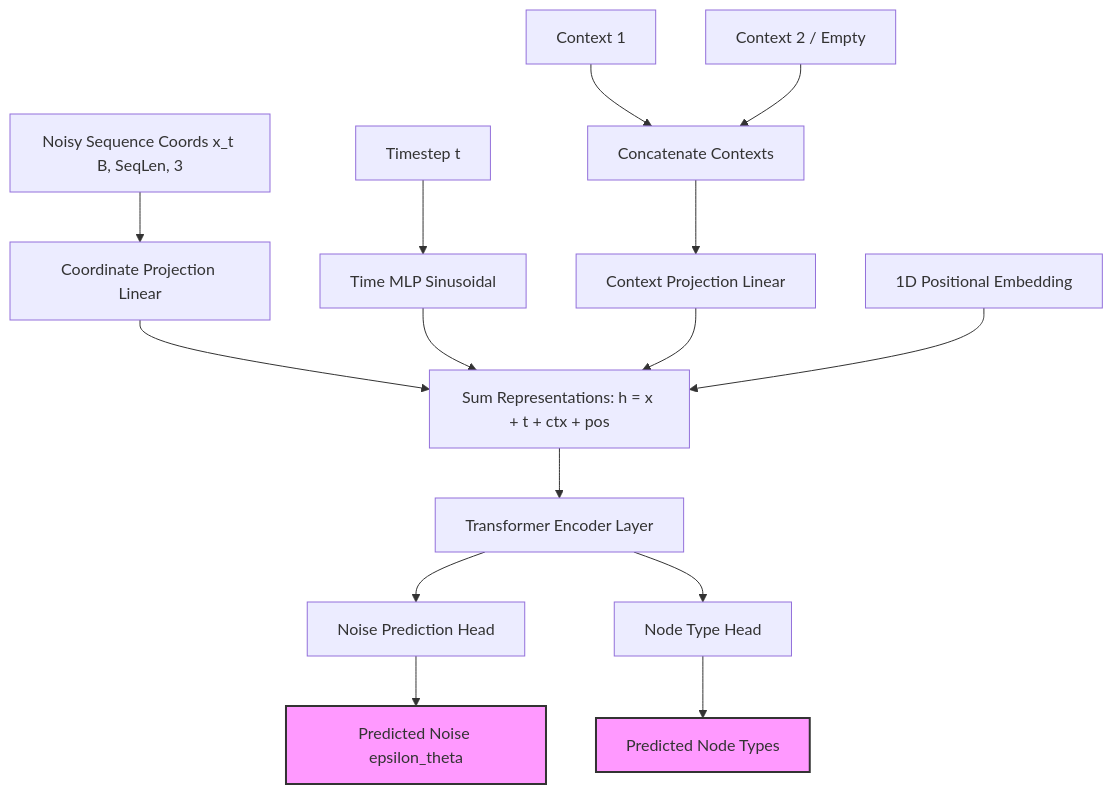
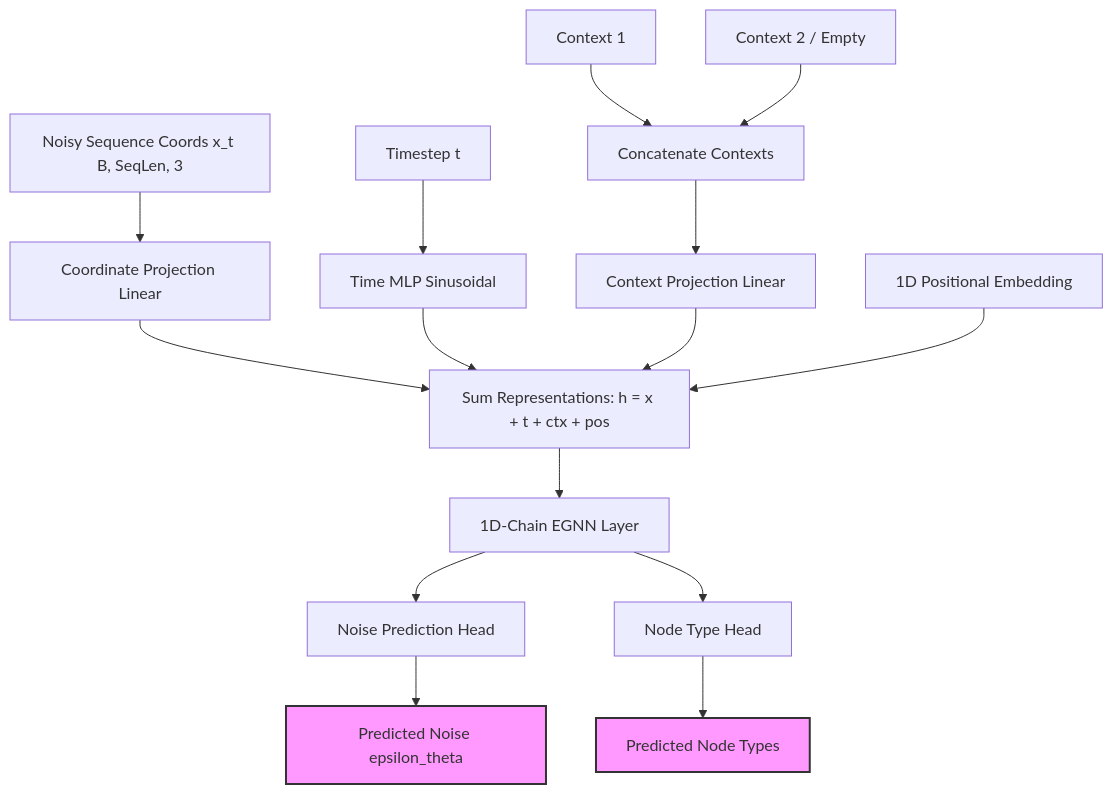
Before and after one commit to samik1986/NeuroDiffusion: the third of 5 diagrams in architecture.md, drawn with Mermaid. The commit also changed other lines of this file and 13 other files, not shown here.

````diff
--- a/architecture.md
+++ b/architecture.md
@@ -69,28 +81,28 @@
 ```mermaid
 graph TD
     %% Inputs
     NoisyCoords[Noisy Sequence Coords x_t B, SeqLen, 3] --> CoordProj[Coordinate Projection Linear]
     T[Timestep t] --> TimeMLP[Time MLP Sinusoidal]
     Context1[Context 1] --> ConcatCtx[Concatenate Contexts]
     Context2[Context 2 / Empty] --> ConcatCtx
     
     %% Processing
     ConcatCtx --> CtxProj[Context Projection Linear]
     
     CoordProj --> AddAll
     TimeMLP --> AddAll
     CtxProj --> AddAll
     PosEmb[1D Positional Embedding] --> AddAll[Sum Representations: h = x + t + ctx + pos]
     
-    AddAll --> Trans[Transformer Encoder Layer]
+    AddAll --> EGNN[1D-Chain EGNN Layer]
     
     %% Prediction Heads
-    Trans --> NoiseHead[Noise Prediction Head]
-    Trans --> TypeHead[Node Type Head]
+    EGNN --> NoiseHead[Noise Prediction Head]
+    EGNN --> TypeHead[Node Type Head]
     
     NoiseHead --> OutputNoise[Predicted Noise epsilon_theta]
     TypeHead --> OutputType[Predicted Node Types]
     
     style OutputNoise fill:#f9f,stroke:#333,stroke-width:2px
     style OutputType fill:#f9f,stroke:#333,stroke-width:2px
 ```
````
